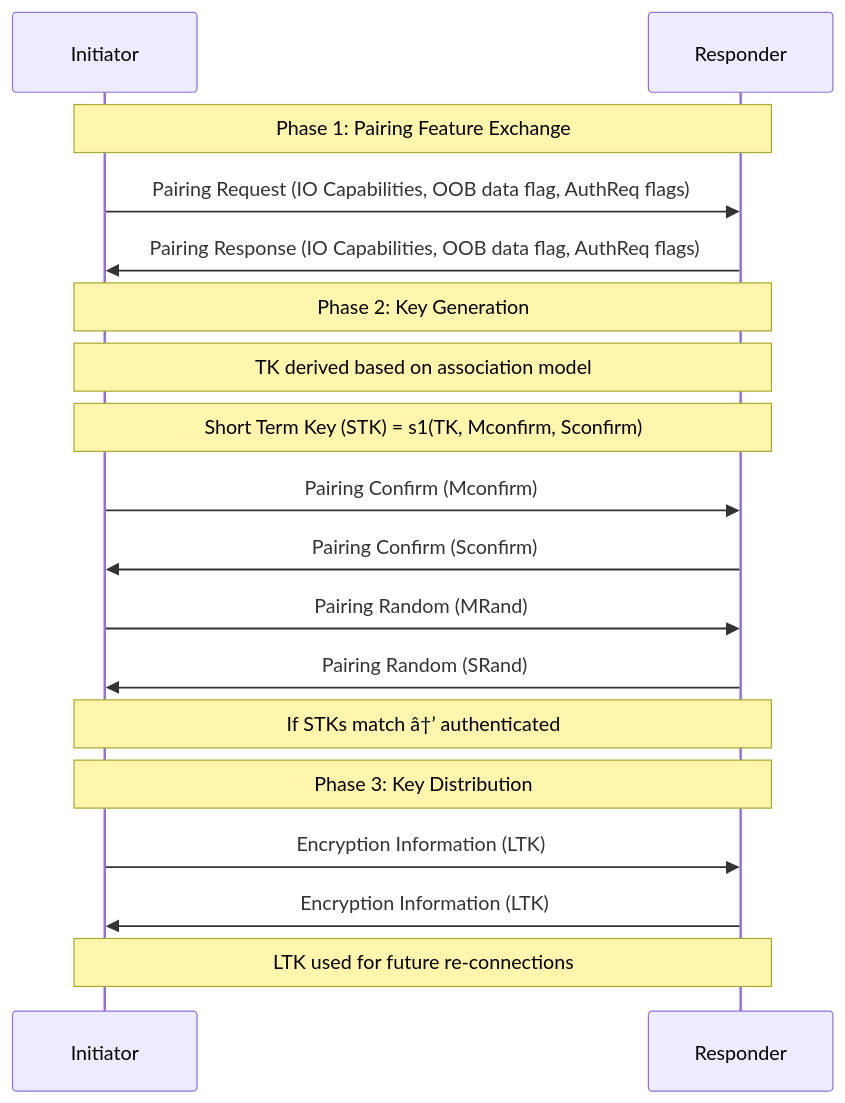
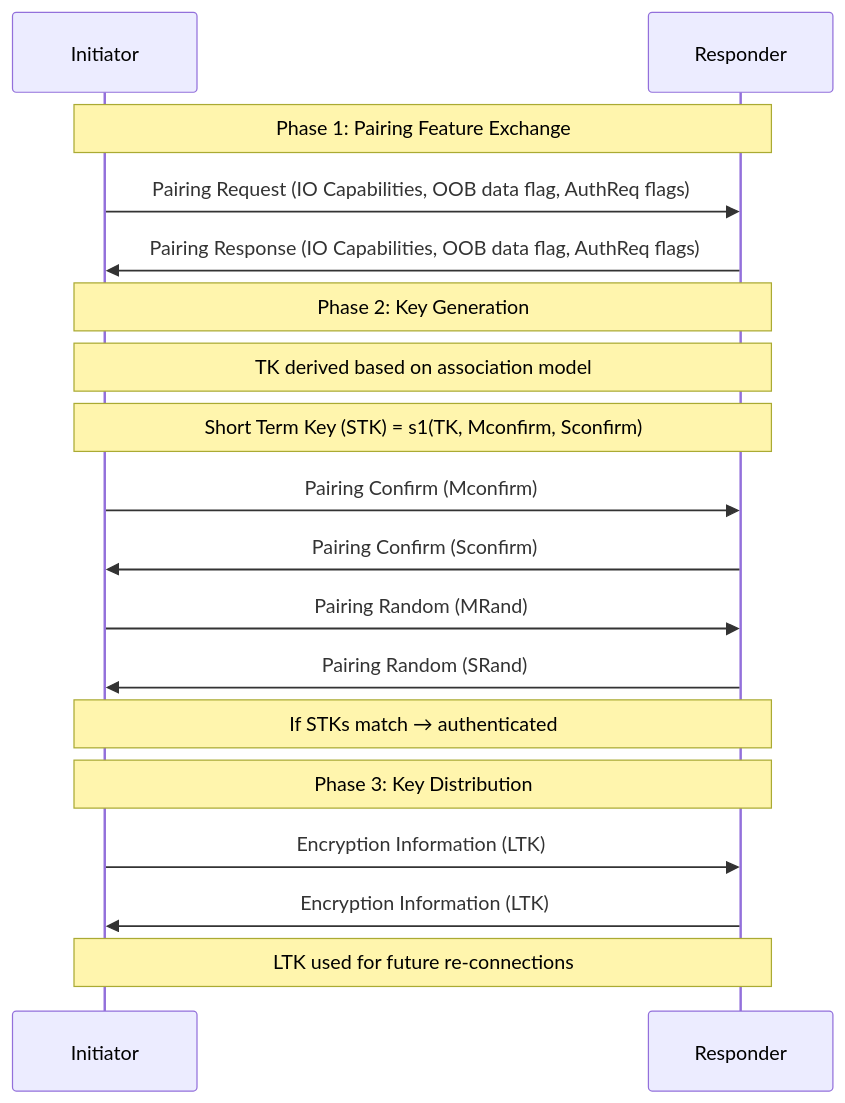
The third of 7 diagrams in docs/courses/cyber-security/14-wireless-iot-embedded.md (Raushan666java/ai-engineering-journey), drawn with Mermaid before and after one commit. The commit also changed other lines of this file and 965 other files, not shown here.

````diff
--- a/docs/courses/cyber-security/14-wireless-iot-embedded.md
+++ b/docs/courses/cyber-security/14-wireless-iot-embedded.md
@@ -272,20 +272,20 @@
 ```mermaid
 sequenceDiagram
     participant I as Initiator
     participant R as Responder
     Note over I,R: Phase 1: Pairing Feature Exchange
     I->>R: Pairing Request (IO Capabilities, OOB data flag, AuthReq flags)
     R->>I: Pairing Response (IO Capabilities, OOB data flag, AuthReq flags)
     Note over I,R: Phase 2: Key Generation
     Note over I,R: TK derived based on association model
     Note over I,R: Short Term Key (STK) = s1(TK, Mconfirm, Sconfirm)
     I->>R: Pairing Confirm (Mconfirm)
     R->>I: Pairing Confirm (Sconfirm)
     I->>R: Pairing Random (MRand)
     R->>I: Pairing Random (SRand)
-    Note over I,R: If STKs match â†’ authenticated
+    Note over I,R: If STKs match → authenticated
     Note over I,R: Phase 3: Key Distribution
     I->>R: Encryption Information (LTK)
     R->>I: Encryption Information (LTK)
     Note over I,R: LTK used for future re-connections
 ```
````
